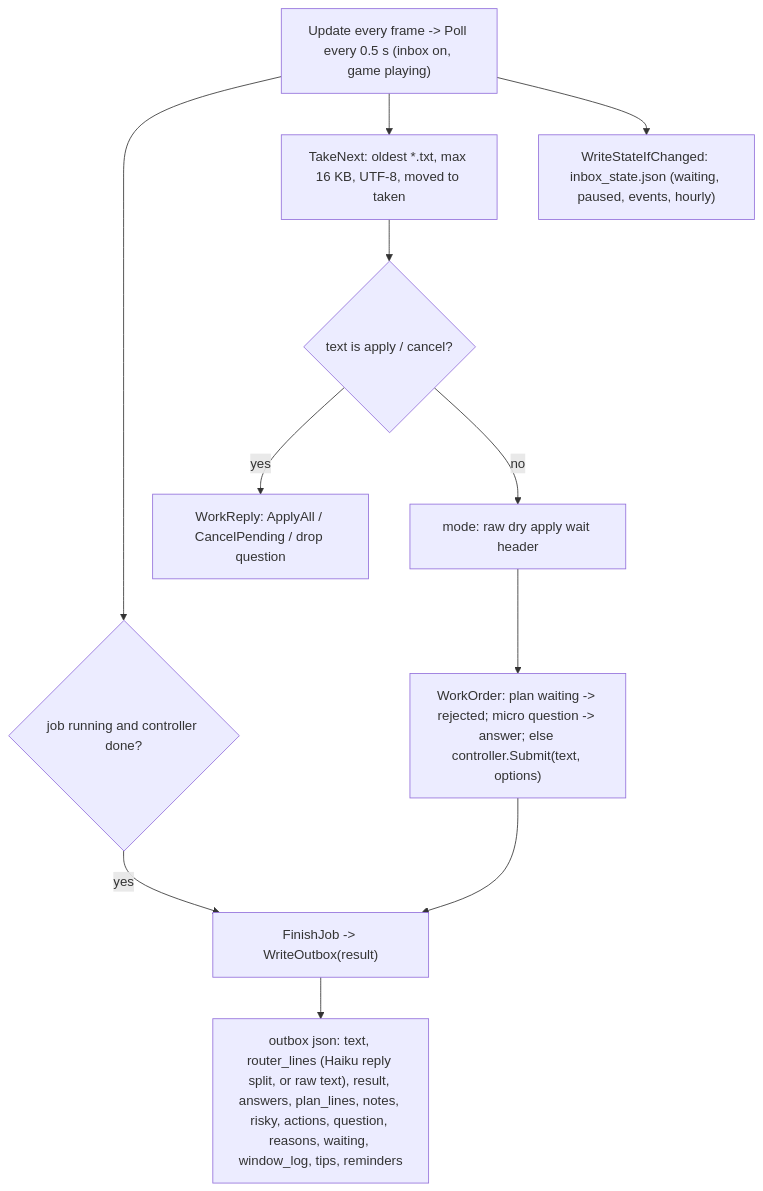
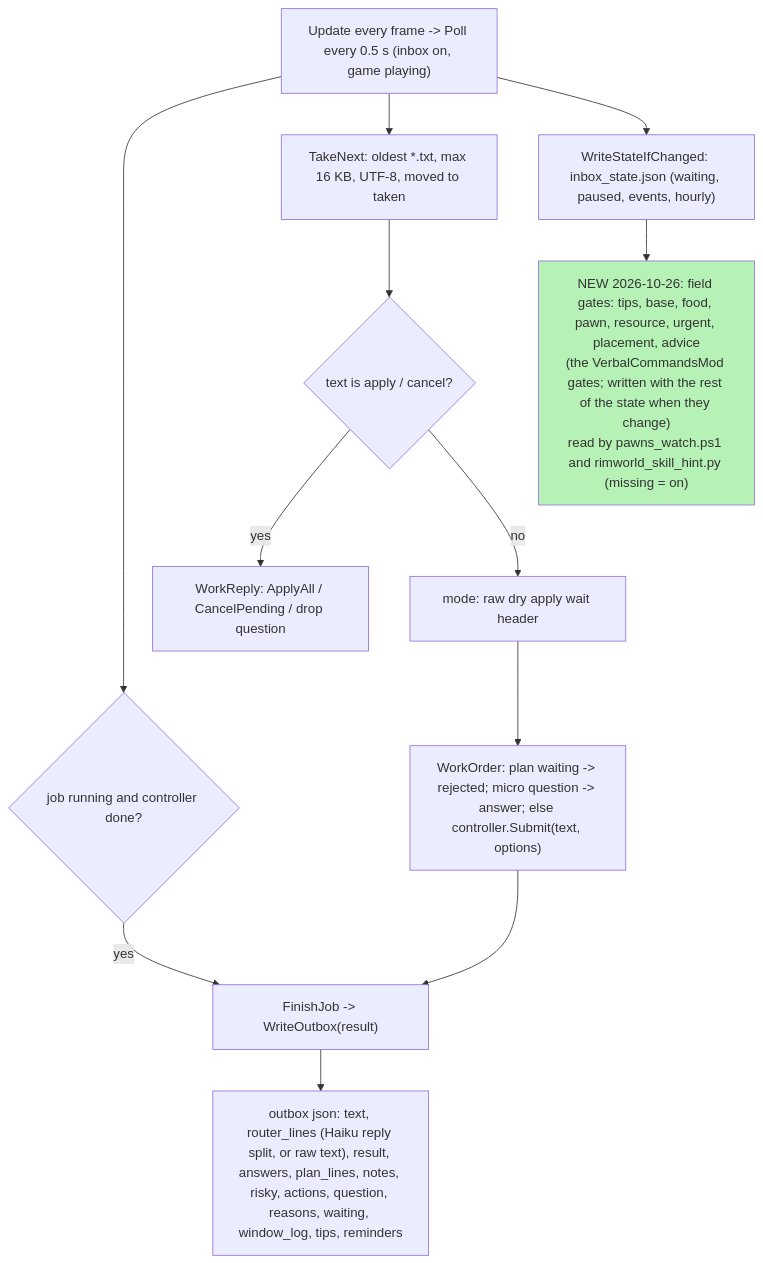
Before and after one commit to dongk99/VerbalCommandsCSharpSource: the diagram in AgentInbox.cs.mmd, drawn with Mermaid. The commit also changed 63 other files, not shown here.

First line of the commit message:
Add on/off gates for tips, reminders, placement checks and build advice

```diff
--- a/AgentInbox.cs.mmd
+++ b/AgentInbox.cs.mmd
@@ -1,11 +1,14 @@
 flowchart TD
     U["Update every frame -> Poll every 0.5 s (inbox on, game playing)"] --> J{"job running and controller done?"}
     J -->|yes| FJ["FinishJob -> WriteOutbox(result)"]
     U --> T["TakeNext: oldest *.txt, max 16 KB, UTF-8, moved to taken"]
     T --> R{"text is apply / cancel?"}
     R -->|yes| WR["WorkReply: ApplyAll / CancelPending / drop question"]
     R -->|no| H["mode: raw dry apply wait header"]
     H --> WO["WorkOrder: plan waiting -> rejected; micro question -> answer; else controller.Submit(text, options)"]
     WO --> FJ
     FJ --> O["outbox json: text, router_lines (Haiku reply split, or raw text), result, answers, plan_lines, notes, risky, actions, question, reasons, waiting, window_log, tips, reminders"]
     U --> S["WriteStateIfChanged: inbox_state.json (waiting, paused, events, hourly)"]
+    S --> GT["NEW 2026-10-26: field gates: tips, base, food, pawn, resource, urgent, placement, advice<br/>(the VerbalCommandsMod gates; written with the rest of the state when they change)<br/>read by pawns_watch.ps1 and rimworld_skill_hint.py (missing = on)"]
+    class GT new
+    classDef new fill:#b6f2b6
```
